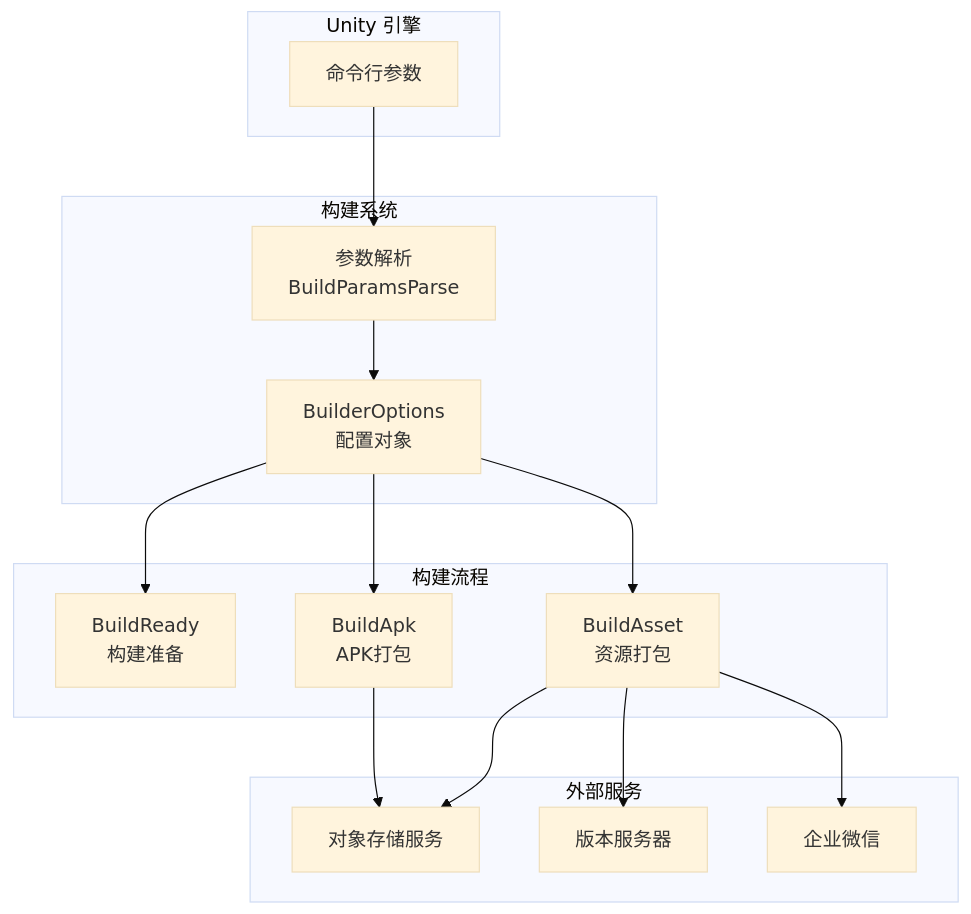
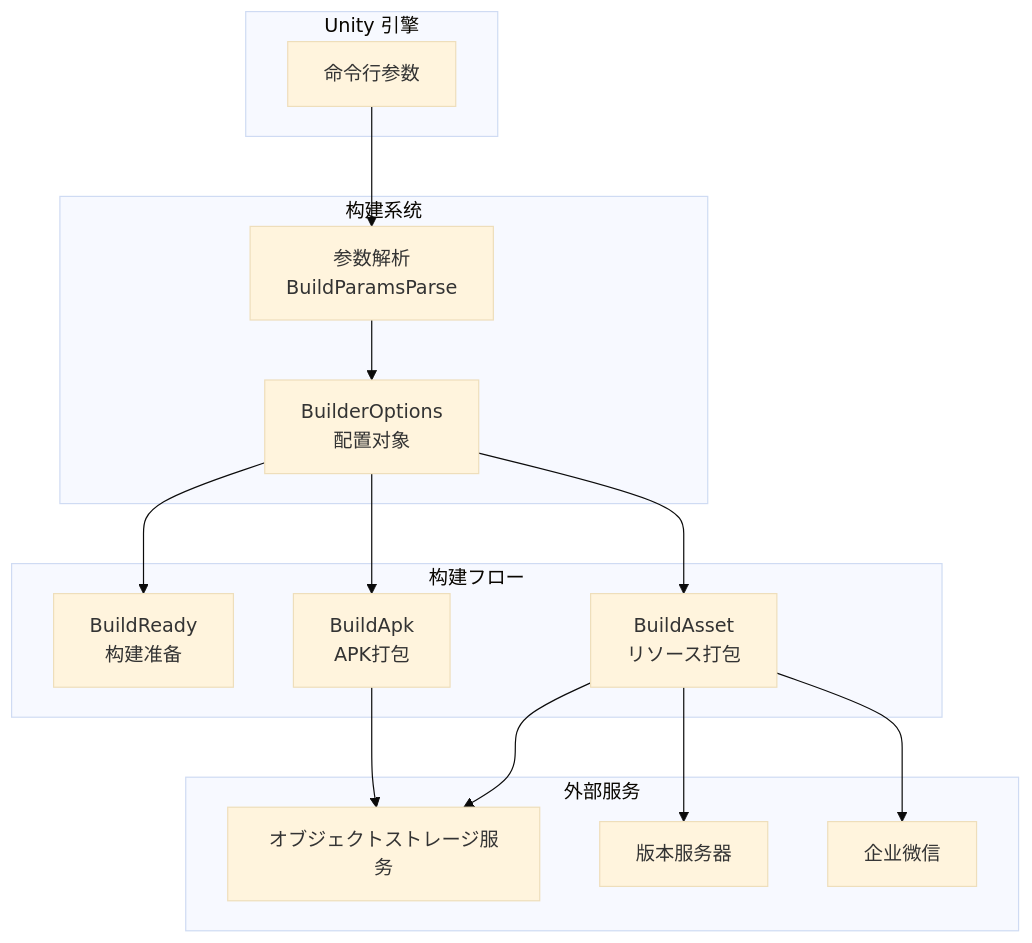
Before and after one commit to AlianBlank/GameFrameX.Docs: the first of 2 diagrams in docs/ja/client/unity/component/builder/05.configuration.md, drawn with Mermaid (base theme). The commit also changed other lines of this file and 603 other files, not shown here.

````diff
--- a/docs/ja/client/unity/component/builder/05.configuration.md
+++ b/docs/ja/client/unity/component/builder/05.configuration.md
@@ -94,34 +94,34 @@
 ```mermaid
 graph TD
     subgraph UnityEngine["Unity 引擎"]
         CLI[命令行参数]
     end
 
     subgraph Builder["构建系统"]
         Parse[参数解析<br/>BuildParamsParse]
         Options[BuilderOptions<br/>配置对象]
     end
 
-    subgraph BuildFlow["构建流程"]
+    subgraph BuildFlow["构建フロー"]
         Ready[BuildReady<br/>构建准备]
-        Asset[BuildAsset<br/>资源打包]
+        Asset[BuildAsset<br/>リソース打包]
         Apk[BuildApk<br/>APK打包]
     end
 
     subgraph ExternalServices["外部服务"]
-        OSS[对象存储服务]
+        OSS[オブジェクトストレージ服务]
         VersionServer[版本服务器]
         WeChat[企业微信]
     end
 
     CLI --> Parse
     Parse --> Options
     Options --> Ready
     Options --> Asset
     Options --> Apk
 
     Asset --> OSS
     Apk --> OSS
     Asset --> VersionServer
     Asset --> WeChat
 ```
````
